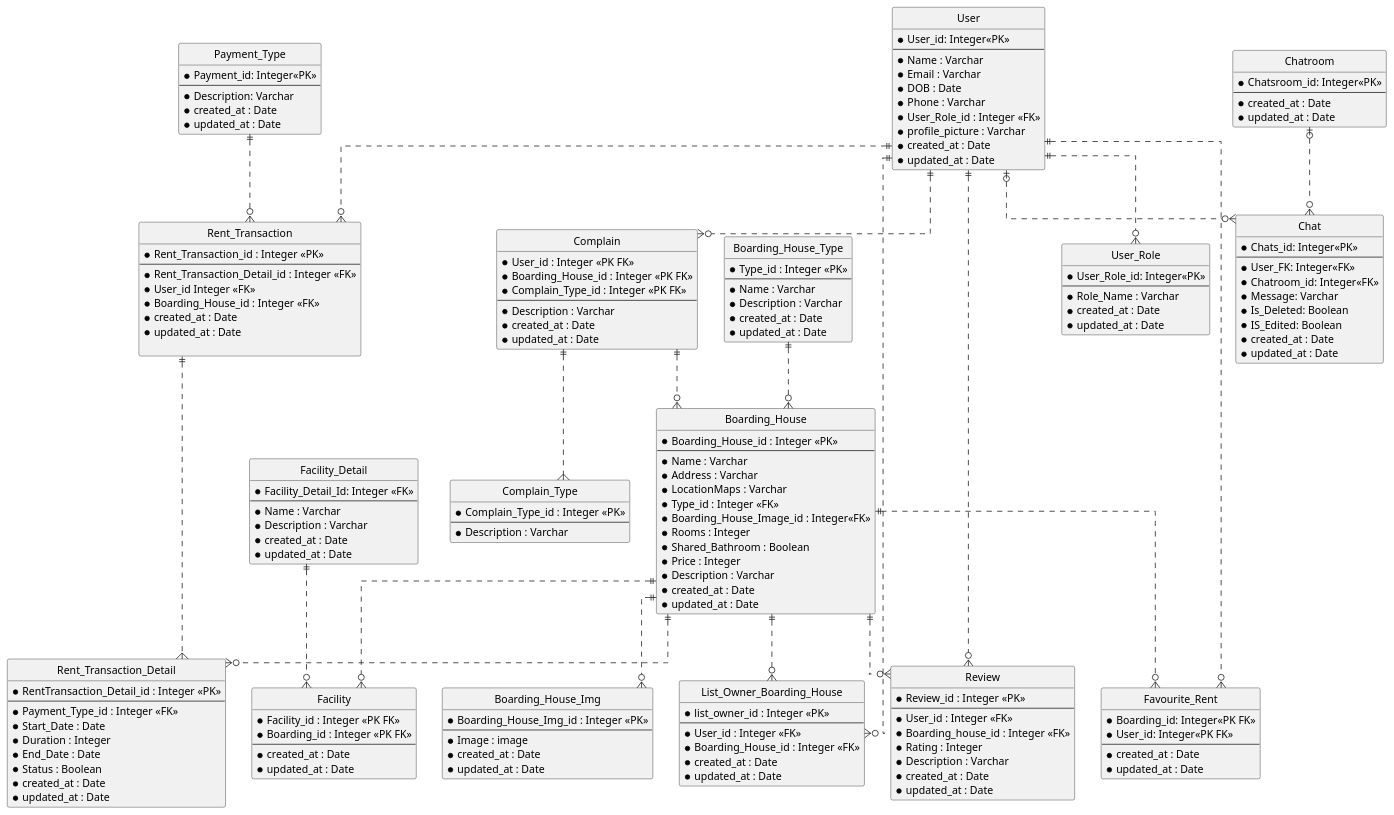
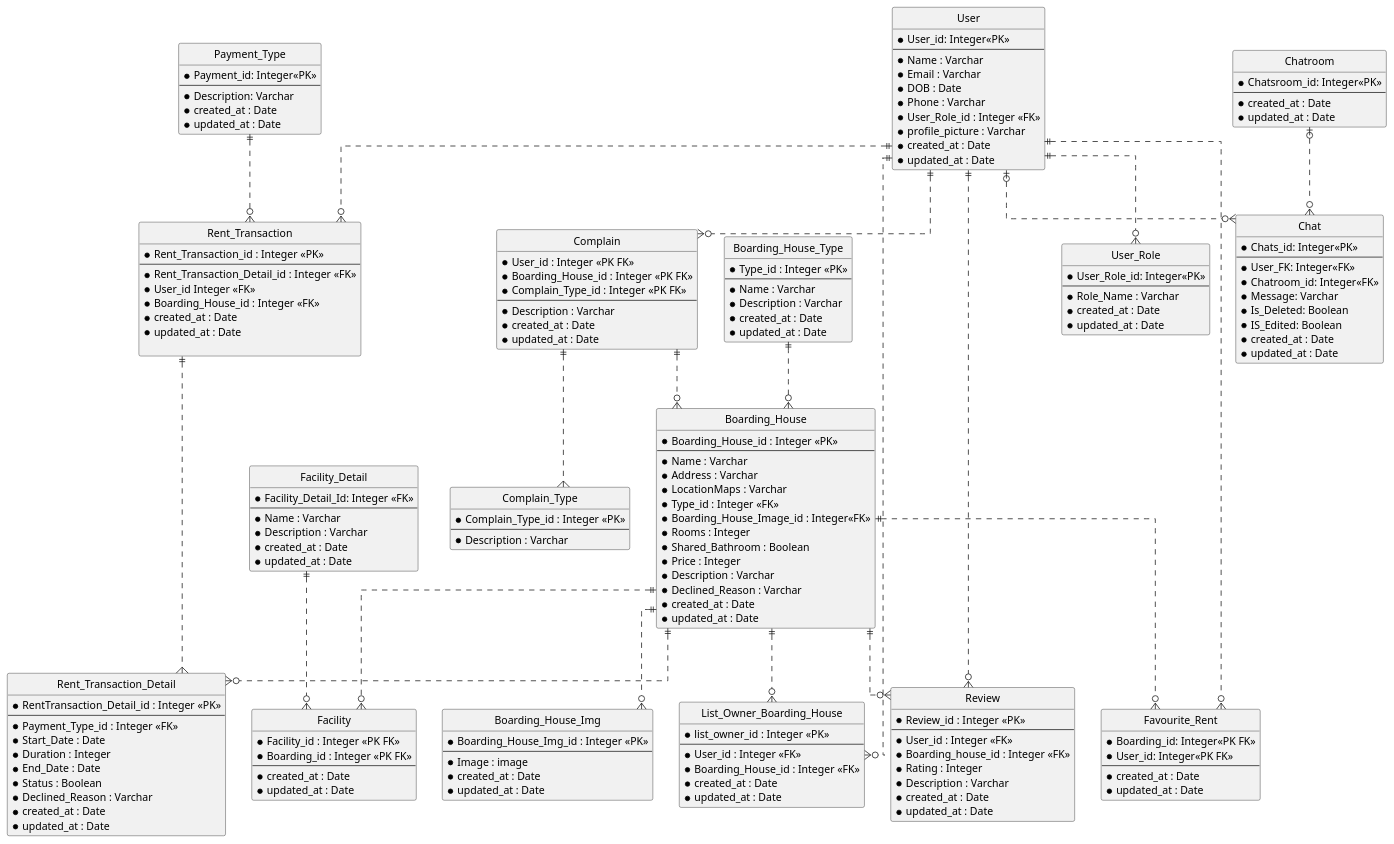
One commit to AntWort21/BHFMS changed the diagram in Design/BHFMS_ERD.puml. Above: the diagram before and after it, drawn with PlantUML. The commit also changed 8 other files, not shown here.

Commit message:
Update Sequence & Activity Diagram for Admin

```diff
--- a/Design/BHFMS_ERD.puml
+++ b/Design/BHFMS_ERD.puml
@@ -47,6 +47,7 @@
   *Shared_Bathroom : Boolean
   *Price : Integer
   *Description : Varchar
+  *Declined_Reason : Varchar
   *created_at : Date
   *updated_at : Date
 }
@@ -95,6 +96,7 @@
   *Duration : Integer
   *End_Date : Date
   *Status : Boolean
+  *Declined_Reason : Varchar
   *created_at : Date
   *updated_at : Date
 }
```
